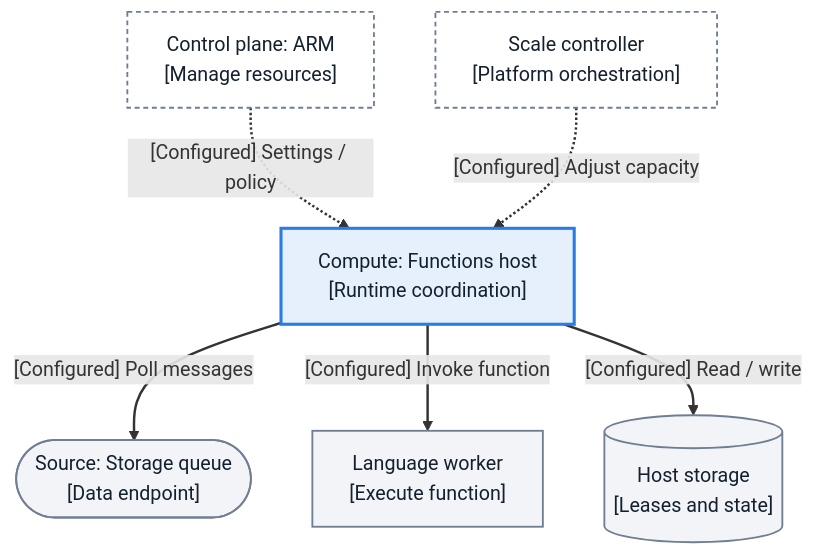
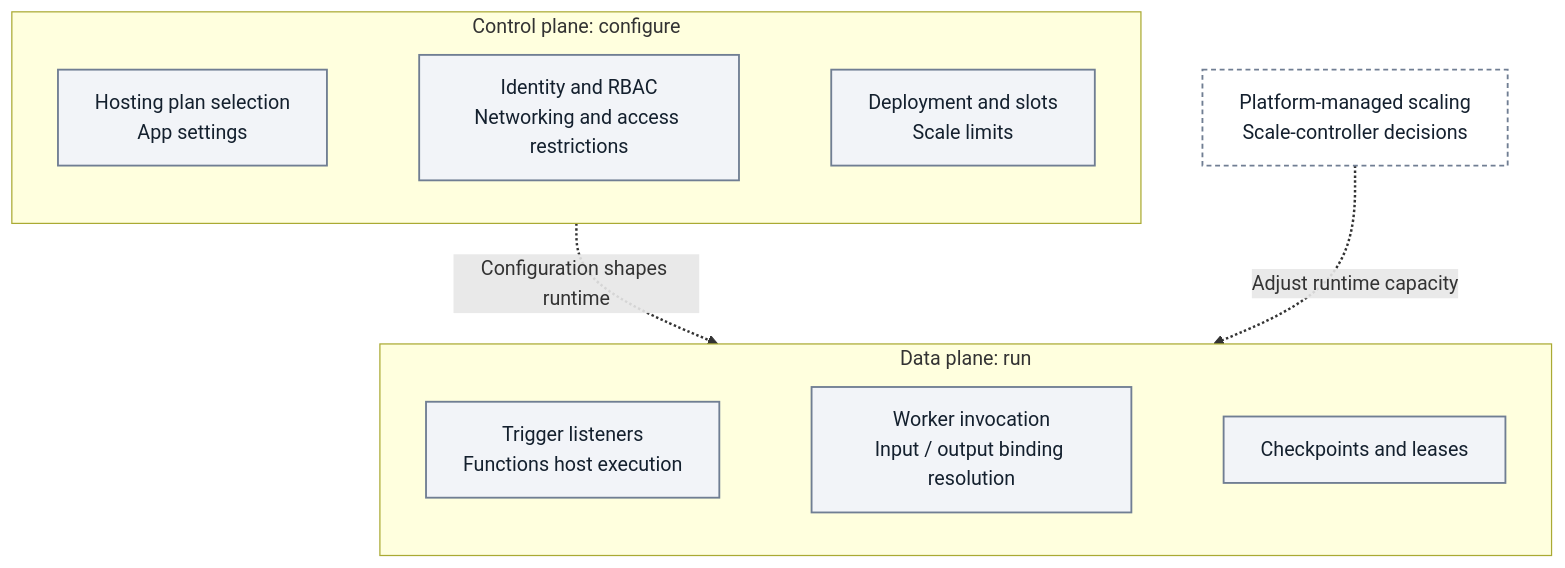
The second of 8 diagrams in docs/platform/architecture/index.md (yeongseon/azure-functions-practical-guide), drawn with Mermaid before and after one commit. The commit also changed other lines of this file, not shown here.

First line of the commit message:
docs(diagrams): restore general architecture and invocation scope

````diff
--- a/docs/platform/architecture/index.md
+++ b/docs/platform/architecture/index.md
@@ -201,23 +220,30 @@
 ```mermaid
 flowchart TD
-    accTitle: Which paths configure the app and which execute work?
-    accDescr: ARM manages app configuration separately from queue polling, worker invocation and host-storage data access. Scaling is platform orchestration, not event forwarding.
-    control_plane["Control plane: ARM<br/>[Manage resources]"]
-    scale_controller["Scale controller<br/>[Platform orchestration]"]
-    app_runtime["Compute: Functions host<br/>[Runtime coordination]"]
-    client(["Source: Storage queue<br/>[Data endpoint]"])
-    language_worker["Language worker<br/>[Execute function]"]
-    storage_db[("Host storage<br/>[Leases and state]")]
-    control_plane -.->|"[Configured] Settings / policy"| app_runtime
-    scale_controller -.->|"[Configured] Adjust capacity"| app_runtime
-    app_runtime -->|"[Configured] Poll messages"| client
-    app_runtime -->|"[Configured] Invoke function"| language_worker
-    app_runtime -->|"[Configured] Read / write"| storage_db
+    accTitle: What do you configure and what runs?
+    accDescr: Six configuration responsibilities and five runtime data-plane responsibilities are grouped vertically. The sixth original runtime item, scale-controller decisions, is separately classified as platform-managed scaling, not ARM data access or a trigger-processing stage. Invisible anchors only position the lists.
+    subgraph CP["Control plane: configure"]
+        C12["Hosting plan selection<br/>App settings"]
+        C34["Identity and RBAC<br/>Networking and access restrictions"]
+        C56["Deployment and slots<br/>Scale limits"]
+        %% Layout-only anchors: list placement, not execution steps or arrows.
+        C12 ~~~ C34
+        C34 ~~~ C56
+    end
+    subgraph DP["Data plane: run"]
+        D12["Trigger listeners<br/>Functions host execution"]
+        D34["Worker invocation<br/>Input / output binding resolution"]
+        D6["Checkpoints and leases"]
+        %% Layout-only anchors: list placement, not execution steps or arrows.
+        D12 ~~~ D34
+        D34 ~~~ D6
+    end
+    scale_controller["Platform-managed scaling<br/>Scale-controller decisions"]
+    CP -.->|"Configuration shapes runtime"| DP
+    scale_controller -.->|"Adjust runtime capacity"| DP
     classDef baseNeutral fill:#f2f4f8,stroke:#707e93,stroke-width:1.5px,color:#14202e;
     classDef focusActive fill:#e6f0fd,stroke:#287ce4,stroke-width:2.5px,color:#14202e;
     classDef bandMuted fill:#ffffff,stroke:#707e93,stroke-width:1.5px,stroke-dasharray:4 3,color:#14202e;
-    class client,language_worker,storage_db baseNeutral;
-    class app_runtime focusActive;
-    class control_plane,scale_controller bandMuted;
+    class C12,C34,C56,D12,D34,D6 baseNeutral;
+    class scale_controller bandMuted;
     linkStyle default stroke-width:2px;
 ```
````
